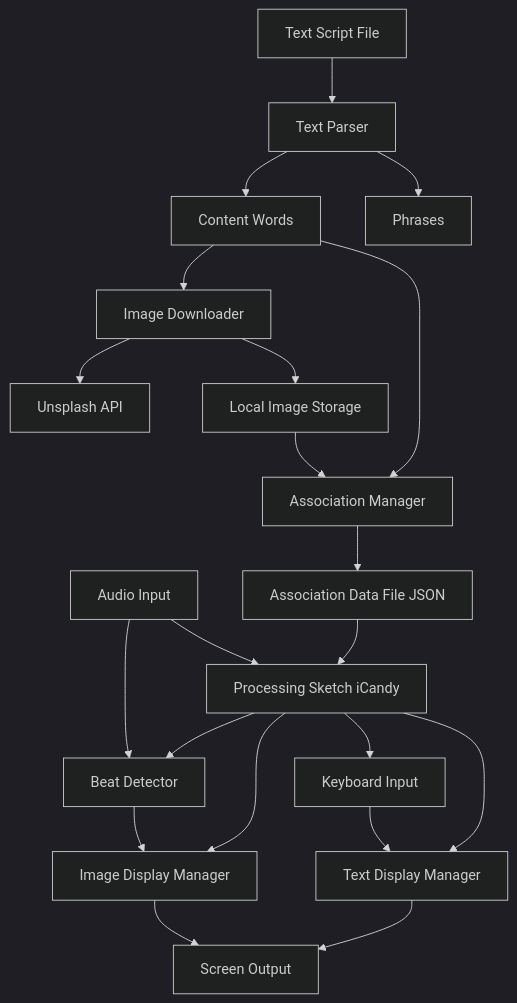
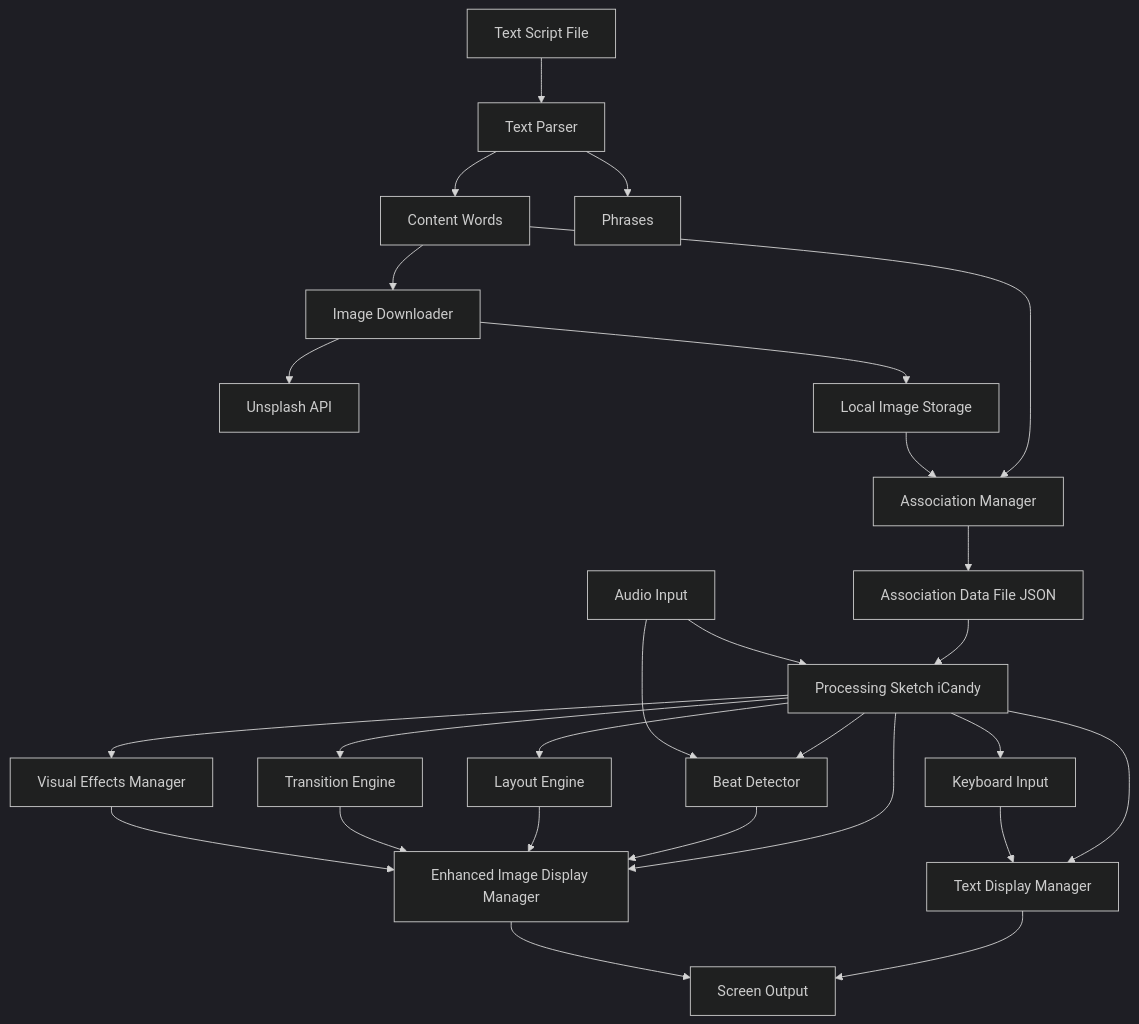
One commit to mimnagh/icandy changed the diagram in .kiro/specs/visual-text-processor/design.md. Above: the diagram before and after it, drawn with Mermaid (dark theme). The commit also changed other lines of this file and 28 other files, not shown here.

````diff
--- a/.kiro/specs/visual-text-processor/design.md
+++ b/.kiro/specs/visual-text-processor/design.md
@@ -16,24 +16,30 @@
 ```mermaid
 graph TB
     A[Text Script File] --> B[Text Parser]
     B --> C[Content Words]
     B --> D[Phrases]
     C --> E[Image Downloader]
     E --> F[Unsplash API]
     E --> G[Local Image Storage]
     C --> H[Association Manager]
     G --> H
     H --> I[Association Data File JSON]
     
     I --> J[Processing Sketch iCandy]
     K[Audio Input] --> J
     J --> L[Text Display Manager]
-    J --> M[Image Display Manager]
+    J --> M[Enhanced Image Display Manager]
     J --> N[Beat Detector]
     J --> O[Keyboard Input]
+    J --> P[Layout Engine]
+    J --> Q[Transition Engine]
+    J --> R[Visual Effects Manager]
     K --> N
     N --> M
     O --> L
-    L --> P[Screen Output]
-    M --> P
+    P --> M
+    Q --> M
+    R --> M
+    L --> S[Screen Output]
+    M --> S
 ```
````
